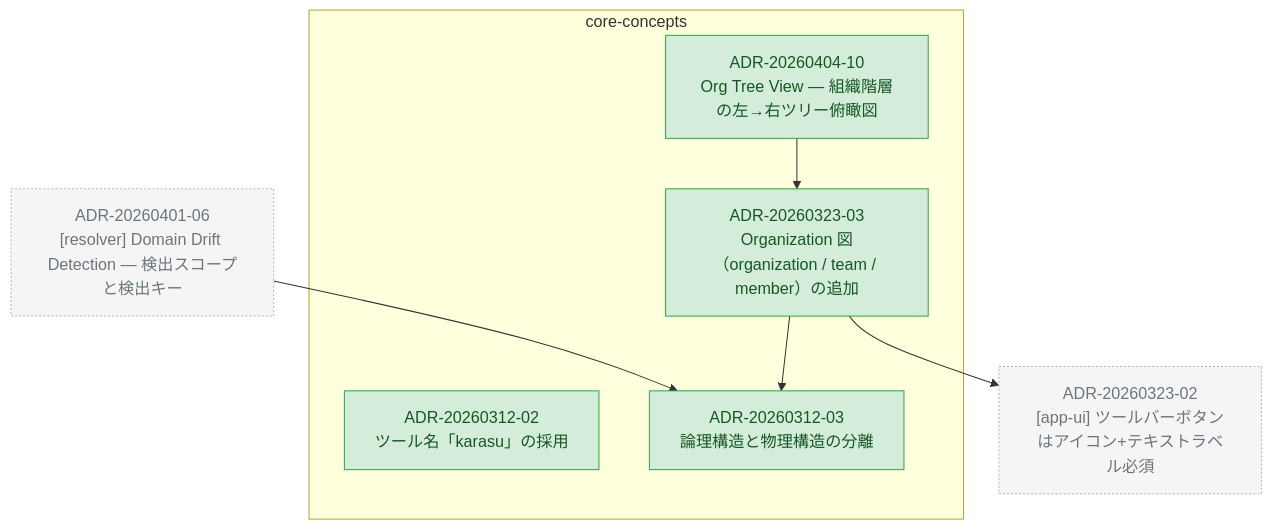
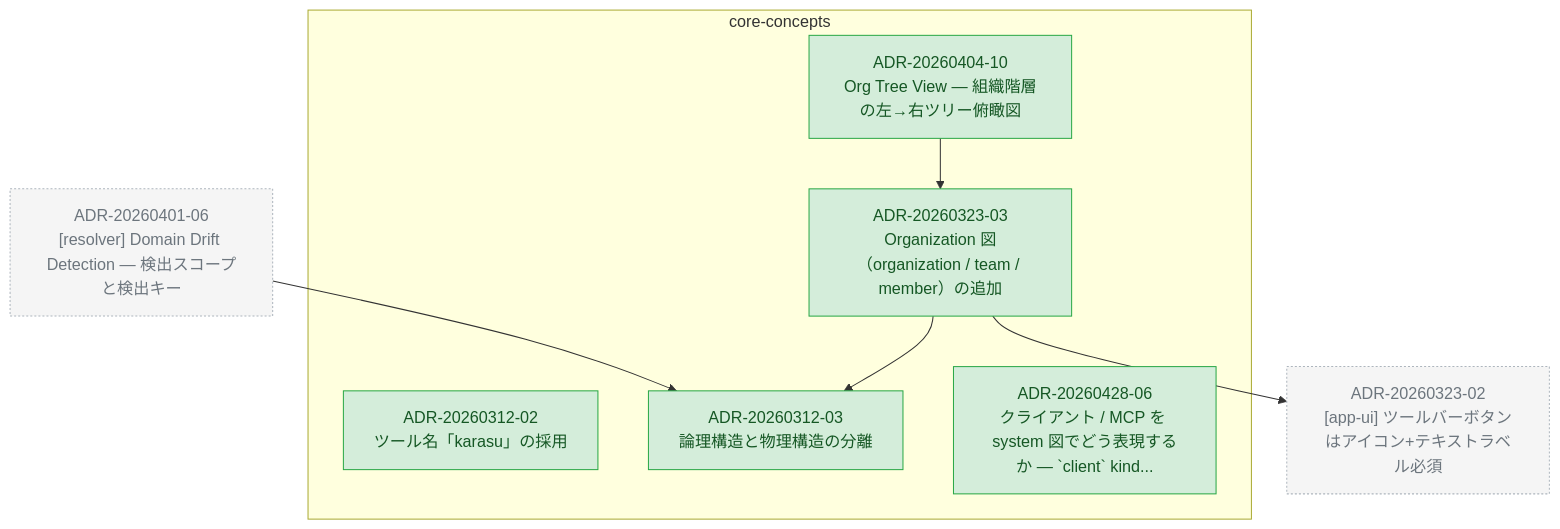
One commit to kompiro/karasu changed the diagram in docs/adr/graph/core-concepts.md. Above: the diagram before and after it, drawn with Mermaid. The commit also changed other lines of this file and 13 other files, not shown here.

First line of the commit message:
docs(adr): client kind — Phase 8 (ADR promotion + concepts polish)

````diff
--- a/docs/adr/graph/core-concepts.md
+++ b/docs/adr/graph/core-concepts.md
@@ -6,28 +6,30 @@
 ```mermaid
 flowchart TD
   subgraph core-concepts["core-concepts"]
     ADR_20260312_02["ADR-20260312-02<br/>ツール名「karasu」の採用"]
     ADR_20260312_03["ADR-20260312-03<br/>論理構造と物理構造の分離"]
     ADR_20260323_03["ADR-20260323-03<br/>Organization 図（organization / team / member）の追加"]
     ADR_20260404_10["ADR-20260404-10<br/>Org Tree View — 組織階層の左→右ツリー俯瞰図"]
+    ADR_20260428_06["ADR-20260428-06<br/>クライアント / MCP を system 図でどう表現するか — `client` kind..."]
   end
   ADR_20260323_02["ADR-20260323-02<br/>[app-ui] ツールバーボタンはアイコン+テキストラベル必須"]
   ADR_20260401_06["ADR-20260401-06<br/>[resolver] Domain Drift Detection — 検出スコープと検出キー"]
   ADR_20260323_03 --> ADR_20260312_03
   ADR_20260323_03 --> ADR_20260323_02
   ADR_20260404_10 --> ADR_20260323_03
   ADR_20260401_06 --> ADR_20260312_03
 
   classDef accepted fill:#d4edda,stroke:#28a745,color:#155724
   classDef proposed fill:#fff3cd,stroke:#ffc107,color:#856404
   classDef deprecated fill:#f8d7da,stroke:#dc3545,color:#721c24
   classDef superseded fill:#e2e3e5,stroke:#6c757d,color:#383d41
   classDef not_adopted fill:#e2e3e5,stroke:#6c757d,color:#383d41,stroke-dasharray:3 3
   classDef ghost fill:#f5f5f5,stroke:#adb5bd,color:#6c757d,stroke-dasharray:2 2
   class ADR_20260312_02 accepted
   class ADR_20260312_03 accepted
   class ADR_20260323_03 accepted
   class ADR_20260404_10 accepted
+  class ADR_20260428_06 accepted
   class ADR_20260323_02 ghost
   class ADR_20260401_06 ghost
 ```
````
